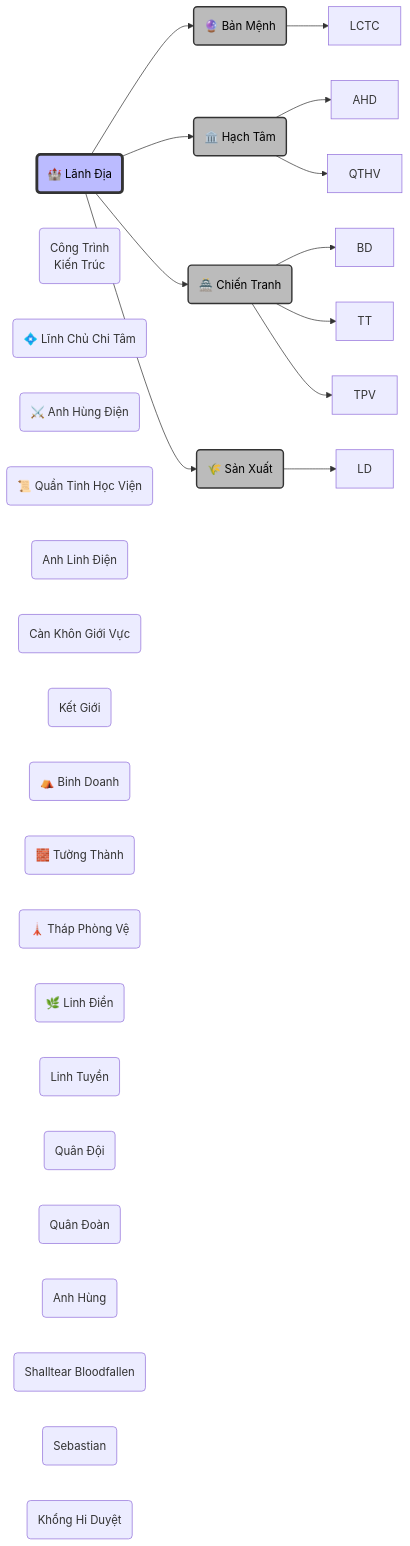
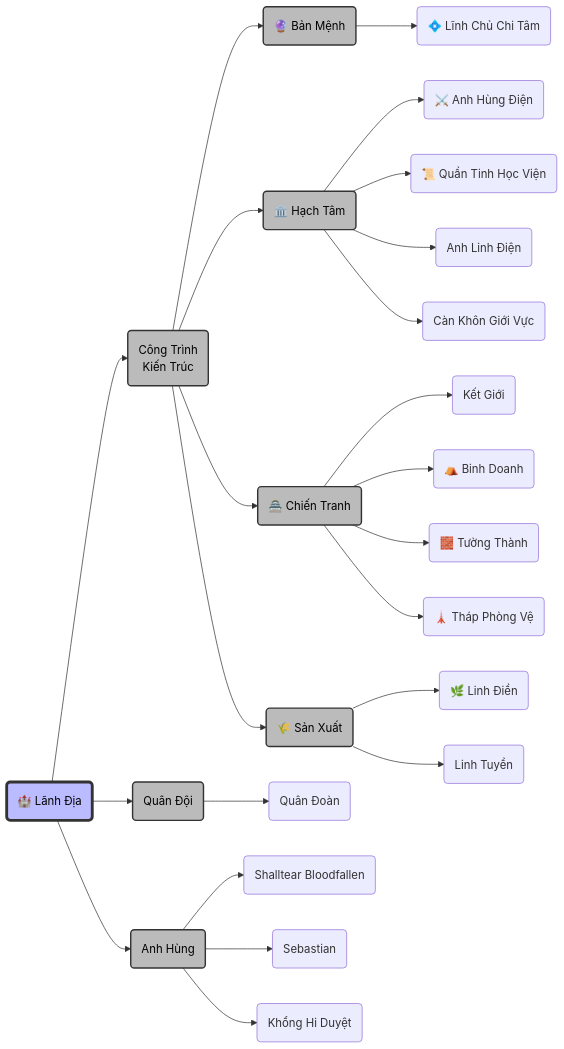
The diagram in CORE/Lãnh Địa/LÃNH ĐỊA.md (vhvkhangg/Ideaverse), drawn with Mermaid before and after one commit. The commit also changed other lines of this file and 28 other files, not shown here.

````diff
--- a/CORE/Lãnh Địa/LÃNH ĐỊA.md
+++ b/CORE/Lãnh Địa/LÃNH ĐỊA.md
@@ -8,71 +22,76 @@
 ```mermaid
 graph LR
     %% --- KHAI BÁO NODE ---
     Root("🏰 Lãnh Địa")
 
     %% Nhóm
     %% Cơ Cấu Lãnh Địa
     
     
     %% Công Trình Kiến Trúc
     CongTrinhKienTruc("Công Trình\nKiến Trúc")
 	    BanMenh("🔮 Bản Mệnh")
 		    LinhChuChiTam("💠 Lĩnh Chủ Chi Tâm")
 	    HachTam("🏛️ Hạch Tâm")
 		    AnhHungDien("⚔️ Anh Hùng Điện")
 		    QuanTinhHocVien("📜 Quần Tinh Học Viện")
 		    AnhLinhDien("Anh Linh Điện")
 		    CanKhonGioiVuc("Càn Khôn Giới Vực")
 	    ChienTranh("🏯 Chiến Tranh")
 		    KetGioi("Kết Giới")
 		    BinhDoanh("⛺ Binh Doanh")
 		    TuongThanh("🧱 Tường Thành")
 		    ThapPhongVe("🗼 Tháp Phòng Vệ")
 	    SanXuat("🌾 Sản Xuất")
 		    LinhDien("🌿 Linh Điền")
 		    LinhTuyen("Linh Tuyền")
 		    
     
     %% Quân Đội
     QuanDoi("Quân Đội")
 	    QuanDoan("Quân Đoàn")
     
     %% Anh Hùng
     AnhHung("Anh Hùng")
 	    ShalltearBloodfallen("Shalltear Bloodfallen")
 	    Sebastian("Sebastian")
 	    KhongHiDuyet("Khổng Hi Duyệt")   
 
     %% --- KẾT NỐI ---
-    Root --> BanMenh
-    Root --> HachTam
-    Root --> ChienTranh
-    Root --> SanXuat
+    Root --> CongTrinhKienTruc
+    Root --> QuanDoi
+    Root --> AnhHung
 
-    BanMenh --> LCTC
-    HachTam --> AHD & QTHV
-    ChienTranh --> BD & TT & TPV
-    SanXuat --> LD
+    CongTrinhKienTruc --> BanMenh
+    CongTrinhKienTruc --> HachTam
+    CongTrinhKienTruc --> ChienTranh
+    CongTrinhKienTruc --> SanXuat
+
+    BanMenh --> LinhChuChiTam
+    HachTam --> AnhHungDien & QuanTinhHocVien & AnhLinhDien & CanKhonGioiVuc
+    ChienTranh --> KetGioi & BinhDoanh & TuongThanh & ThapPhongVe
+    SanXuat --> LinhDien & LinhTuyen
+    QuanDoi --> QuanDoan
+    AnhHung --> ShalltearBloodfallen & Sebastian & KhongHiDuyet
 
     %% --- ĐỊNH NGHĨA MÀU SẮC (STYLES) ---
     %% Root: Hồng, chữ đen, viền đậm
     classDef rootStyle fill:#bbf,stroke:#333,stroke-width:4px,color:#000;
     
     %% Category: Xanh nhạt, chữ đen
     classDef catStyle fill:#bbb,stroke:#333,stroke-width:2px,color:#000;
     
     %% Item: Trắng, chữ đen (QUAN TRỌNG: fill:#fff)
     classDef itemStyle fill:#fff,stroke:#333,stroke-width:1px,color:#000;
 
     %% --- ÁP DỤNG CLASS (QUAN TRỌNG NHẤT) ---
     
     %% 1. Áp dụng cho Root (Vừa là Root style, vừa là Link)
     class Root rootStyle;
 
-    %% 2. Áp dụng cho Nhóm (Chỉ tô màu, không cần link nên không có internal-link)
-    class BanMenh,HachTam,ChienTranh,SanXuat catStyle;
+    %% 2. Áp dụng cho nhóm
+    class CongTrinhKienTruc,QuanDoi,AnhHung,BanMenh,HachTam,ChienTranh,SanXuat catStyle;
 
-    %% 3. Áp dụng cho Item (Vừa là Item style, vừa là Link)
-    %% Cú pháp: class [TênNode] [TênClass1],[TênClass2];
-    class LCTC,AHD,QTHV,BD,TT,TPV,LD internal-link,itemStyle;
+    %% 3. Áp dụng cho item
+    class LinhChuChiTam,AnhHungDien,QuanTinhHocVien,AnhLinhDien,CanKhonGioiVuc,KetGioi,BinhDoanh,TuongThanh,ThapPhongVe,LinhDien,LinhTuyen,QuanDoan,ShalltearBloodfallen,Sebastian,KhongHiDuyet internal-link,itemStyle;
 ```
````
